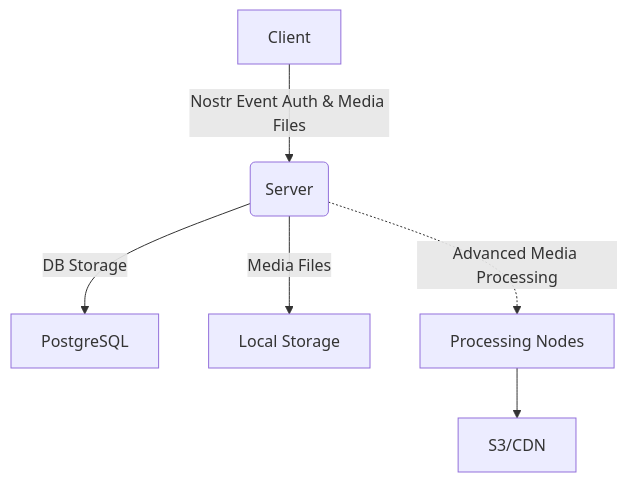
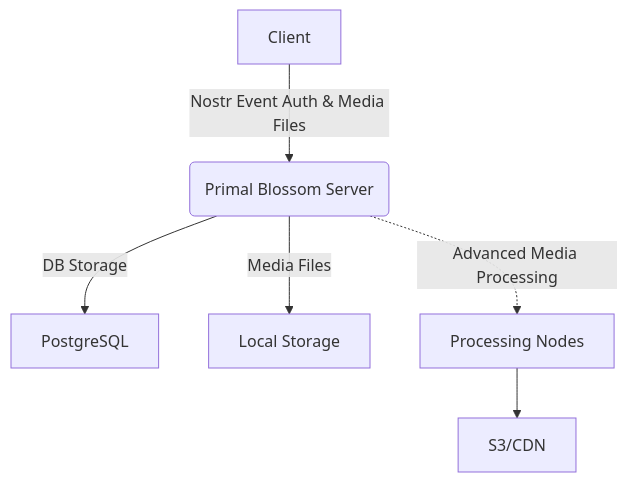
The diagram in README.md (PrimalHQ/primal-blossom-server), drawn with Mermaid before and after one commit. The commit also changed other lines of this file, not shown here.

Commit message:
Update nix command to include rustup initialization and update architecture diagram to clarify server name

````diff
--- a/README.md
+++ b/README.md
@@ -22,8 +22,8 @@
 ```mermaid
 graph TD
-    A[Client] -->|Nostr Event Auth & Media Files| B(Server)
+    A[Client] -->|Nostr Event Auth & Media Files| B(Primal Blossom Server)
     B -->|DB Storage| C[PostgreSQL]
     B -->|Media Files| D[Local Storage]
     B -.->|Advanced Media Processing| E[Processing Nodes]
     E --> F[S3/CDN]
 ```
````
